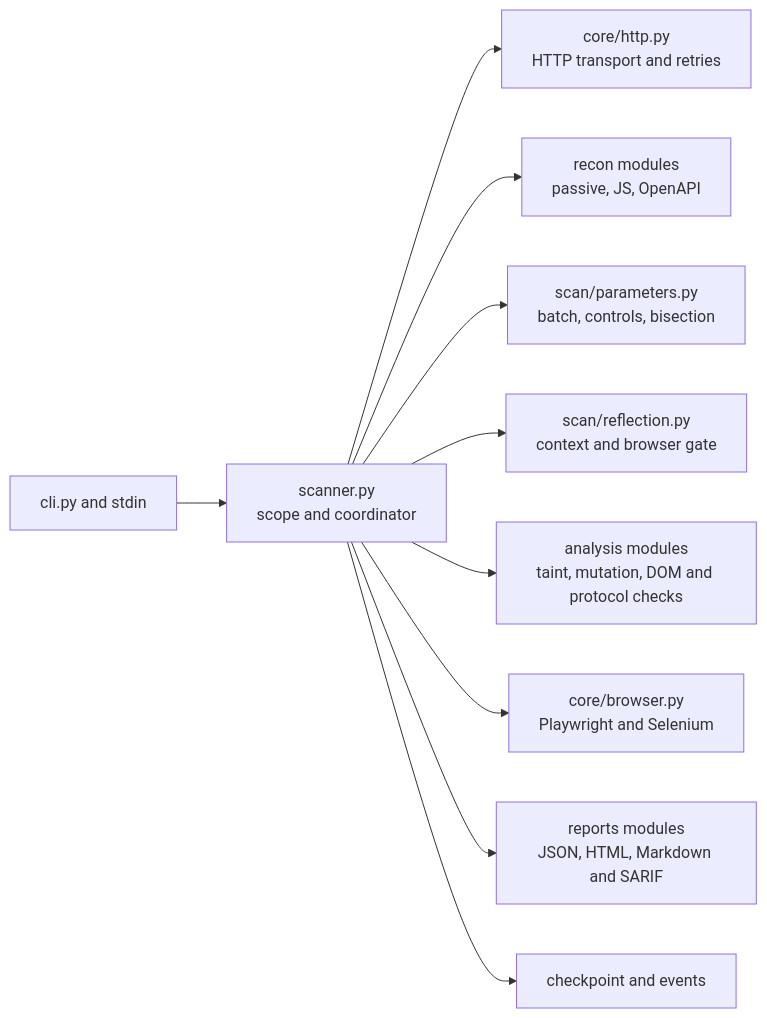
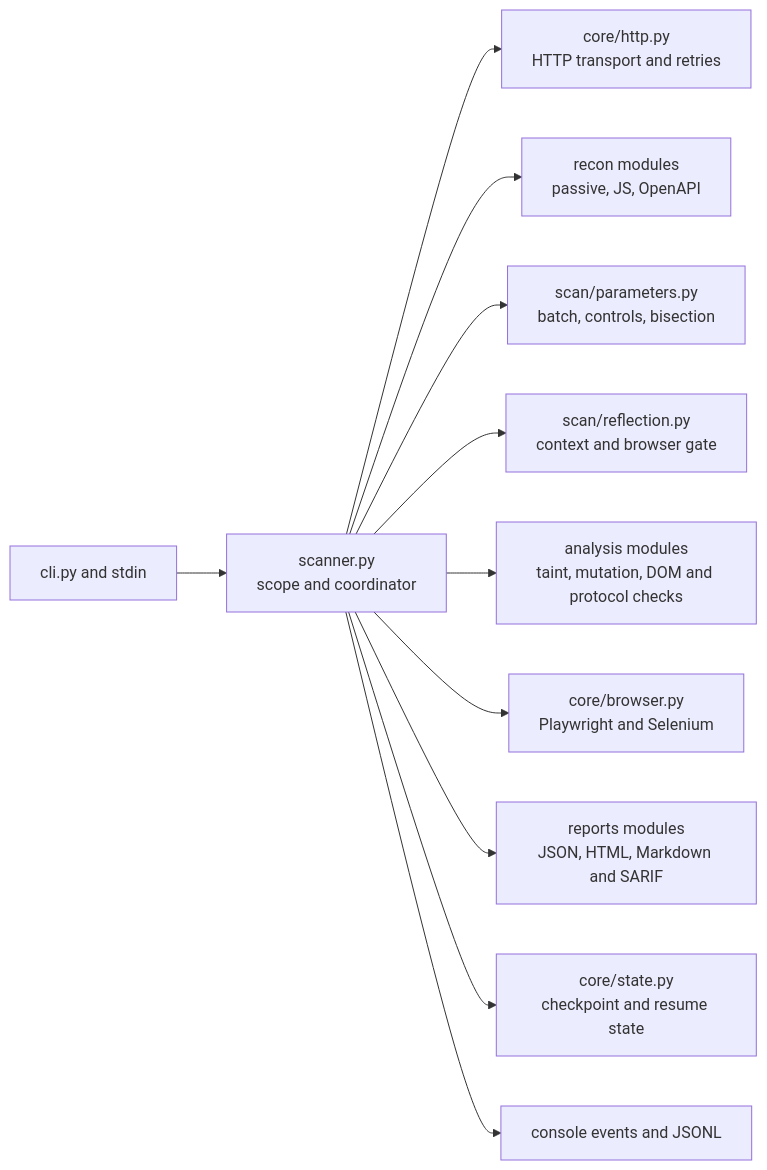
Before and after one commit to gl1tch0x1/xoxss: the second of 3 diagrams in README.md, drawn with Mermaid. The commit also changed other lines of this file and 10 other files, not shown here.

````diff
--- a/README.md
+++ b/README.md
@@ -764,12 +770,13 @@
 ```mermaid
 flowchart LR
     CLI["cli.py and stdin"] --> SCAN["scanner.py<br/>scope and coordinator"]
     SCAN --> HTTP["core/http.py<br/>HTTP transport and retries"]
     SCAN --> RECON["recon modules<br/>passive, JS, OpenAPI"]
     SCAN --> PARAM["scan/parameters.py<br/>batch, controls, bisection"]
     SCAN --> REFLECT["scan/reflection.py<br/>context and browser gate"]
     SCAN --> ANALYSIS["analysis modules<br/>taint, mutation, DOM and protocol checks"]
     SCAN --> BROWSER["core/browser.py<br/>Playwright and Selenium"]
     SCAN --> REPORTS["reports modules<br/>JSON, HTML, Markdown and SARIF"]
-    SCAN --> STATE["checkpoint and events"]
+    SCAN --> STATE["core/state.py<br/>checkpoint and resume state"]
+    SCAN --> EVENTS["console events and JSONL"]
 ```
````
